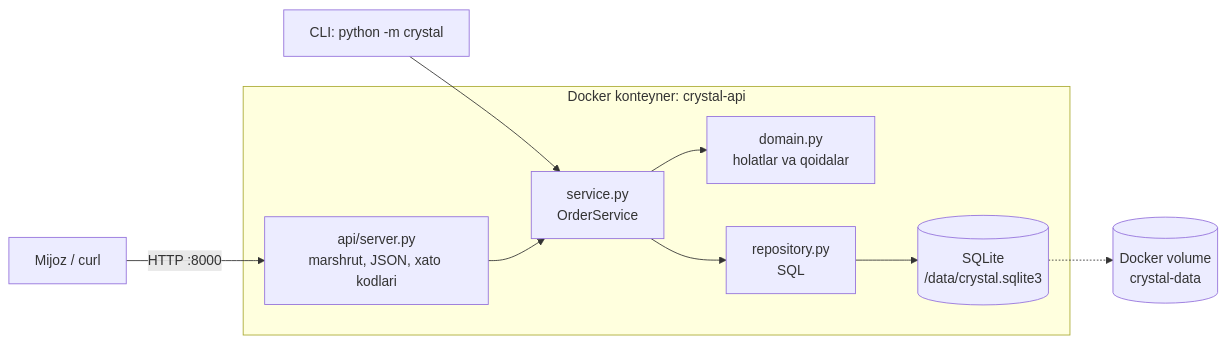
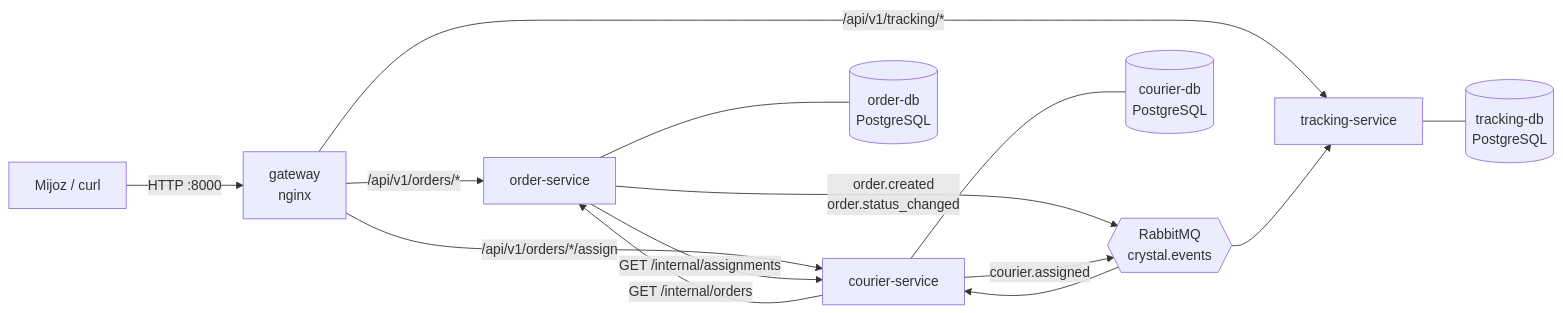
Before and after one commit to IftixorRustamov/devops_task: the first of 5 diagrams in docs/architecture.md, drawn with Mermaid. The commit also changed other lines of this file and 4 other files, not shown here.

````diff
--- a/docs/architecture.md
+++ b/docs/architecture.md
@@ -5,12 +9,19 @@
 ```mermaid
 flowchart LR
-    client[Mijoz / curl] -->|HTTP :8000| api
-    cli[CLI: python -m crystal] --> service
-    subgraph container[Docker konteyner: crystal-api]
-        api[api/server.py<br/>marshrut, JSON, xato kodlari] --> service[service.py<br/>OrderService]
-        service --> domain[domain.py<br/>holatlar va qoidalar]
-        service --> repo[repository.py<br/>SQL]
-        repo --> db[(SQLite<br/>/data/crystal.sqlite3)]
-    end
-    db -.-> volume[(Docker volume<br/>crystal-data)]
+    client[Mijoz / curl] -->|HTTP :8000| gw[gateway<br/>nginx]
+    gw -->|/api/v1/orders/*| order[order-service]
+    gw -->|/api/v1/orders/*/assign| courier[courier-service]
+    gw -->|/api/v1/tracking/*| tracking[tracking-service]
+
+    order -- "GET /internal/assignments" --> courier
+    courier -- "GET /internal/orders" --> order
+
+    order -->|order.created<br/>order.status_changed| mq{{RabbitMQ<br/>crystal.events}}
+    courier -->|courier.assigned| mq
+    mq --> courier
+    mq --> tracking
+
+    order --- odb[(order-db<br/>PostgreSQL)]
+    courier --- cdb[(courier-db<br/>PostgreSQL)]
+    tracking --- tdb[(tracking-db<br/>PostgreSQL)]
 ```
````
